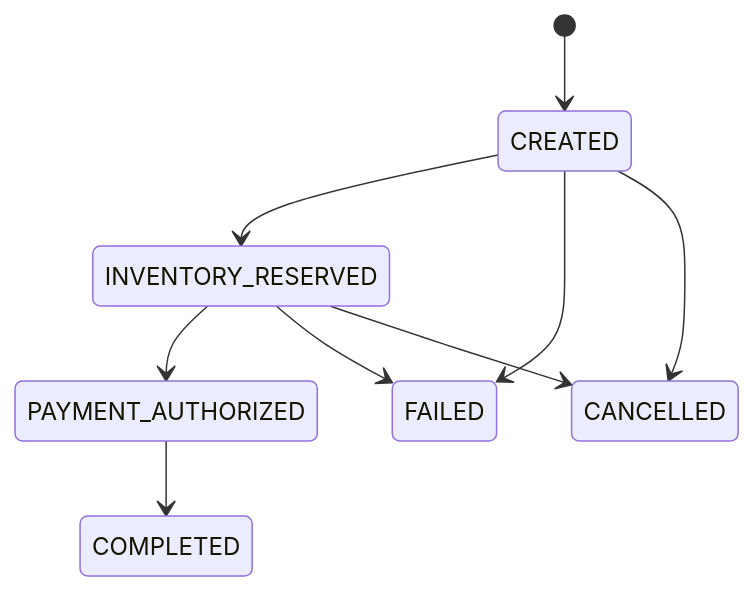
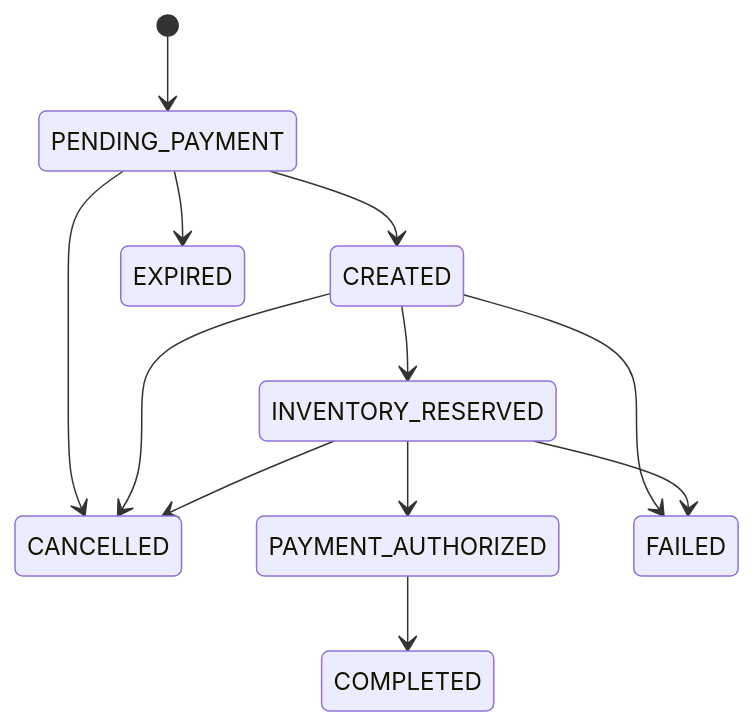
One commit to guanyu-gerry-tao/OrderFlow changed the second of 3 diagrams in docs/ARCHITECTURE.md. Above: the diagram before and after it, drawn with Mermaid. The commit also changed other lines of this file and 32 other files, not shown here.

First line of the commit message:
Add checkout session payment attempt TTL flow

````diff
--- a/docs/ARCHITECTURE.md
+++ b/docs/ARCHITECTURE.md
@@ -28,11 +29,14 @@
 ```mermaid
 stateDiagram-v2
-    [*] --> CREATED
+    [*] --> PENDING_PAYMENT
+    PENDING_PAYMENT --> CREATED
+    PENDING_PAYMENT --> EXPIRED
+    PENDING_PAYMENT --> CANCELLED
     CREATED --> INVENTORY_RESERVED
     INVENTORY_RESERVED --> PAYMENT_AUTHORIZED
     PAYMENT_AUTHORIZED --> COMPLETED
     CREATED --> FAILED
     INVENTORY_RESERVED --> FAILED
     CREATED --> CANCELLED
     INVENTORY_RESERVED --> CANCELLED
 ```
````
